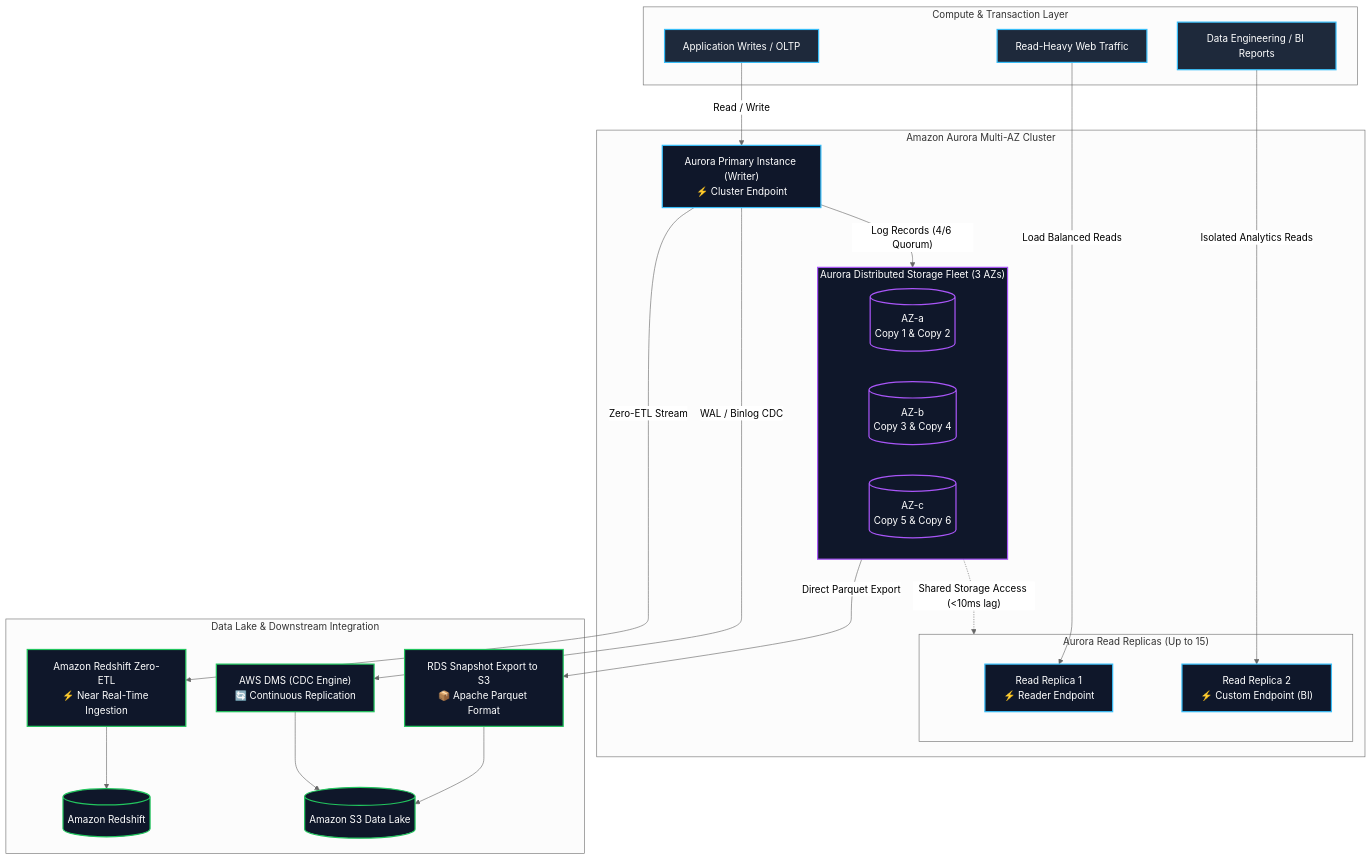
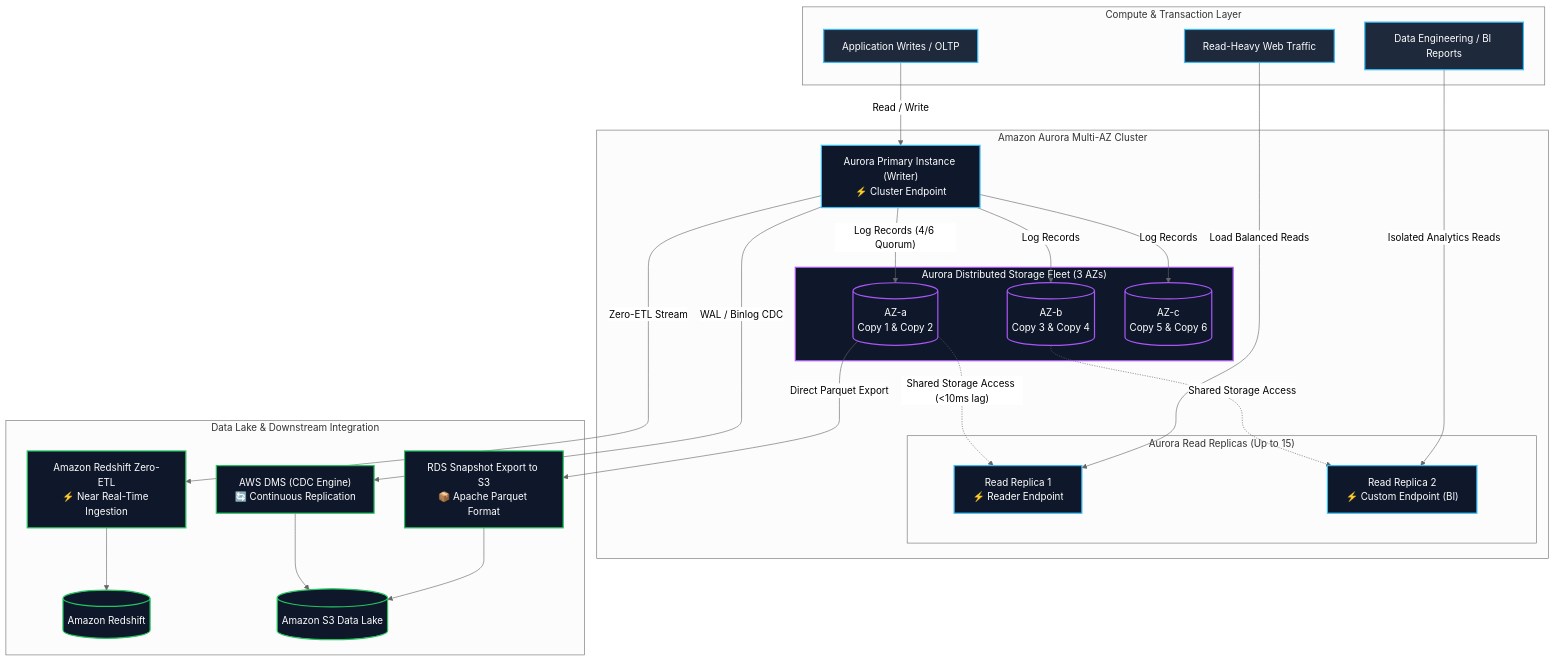
The first of 6 diagrams in content/02-services/database/rds-and-aurora.md (Wathon/aws-dea-c01-note), drawn with Mermaid (neutral theme) before and after one commit. The commit also changed other lines of this file and 5 other files, not shown here.

Commit message:
fix(mermaid): resolve reserved keyword classDef and subgraph edge endpoint parse errors

````diff
--- a/content/02-services/database/rds-and-aurora.md
+++ b/content/02-services/database/rds-and-aurora.md
@@ -38,52 +38,58 @@
 ```mermaid
 graph TB
     subgraph ComputeLayer["Compute & Transaction Layer"]
         AppWrites["Application Writes / OLTP"]
         AppReads["Read-Heavy Web Traffic"]
         AnalyticsQueries["Data Engineering / BI Reports"]
     end
 
     subgraph AuroraCluster["Amazon Aurora Multi-AZ Cluster"]
         WriterNode["Aurora Primary Instance (Writer)<br/>⚡ Cluster Endpoint"]
         
         subgraph ReaderNodes["Aurora Read Replicas (Up to 15)"]
             Reader1["Read Replica 1<br/>⚡ Reader Endpoint"]
             Reader2["Read Replica 2<br/>⚡ Custom Endpoint (BI)"]
         end
         
         subgraph StorageLayer["Aurora Distributed Storage Fleet (3 AZs)"]
             AZ1[("AZ-a<br/>Copy 1 & Copy 2")]
             AZ2[("AZ-b<br/>Copy 3 & Copy 4")]
             AZ3[("AZ-c<br/>Copy 5 & Copy 6")]
         end
     end
 
     subgraph DataLakeDownstream["Data Lake & Downstream Integration"]
         ZeroETL["Amazon Redshift Zero-ETL<br/>⚡ Near Real-Time Ingestion"]
         S3Export["RDS Snapshot Export to S3<br/>📦 Apache Parquet Format"]
         DMS["AWS DMS (CDC Engine)<br/>🔄 Continuous Replication"]
         RedshiftDW[("Amazon Redshift")]
         S3Lake[("Amazon S3 Data Lake")]
     end
 
     AppWrites -->|"Read / Write"| WriterNode
     AppReads -->|"Load Balanced Reads"| Reader1
     AnalyticsQueries -->|"Isolated Analytics Reads"| Reader2
 
-    WriterNode -->|"Log Records (4/6 Quorum)"| StorageLayer
-    StorageLayer -.->|"Shared Storage Access (<10ms lag)"| ReaderNodes
+    WriterNode -->|"Log Records (4/6 Quorum)"| AZ1
+    WriterNode -->|"Log Records"| AZ2
+    WriterNode -->|"Log Records"| AZ3
+    AZ1 -.->|"Shared Storage Access (<10ms lag)"| Reader1
+    AZ2 -.->|"Shared Storage Access"| Reader2
 
-    WriterNode -->|"Zero-ETL Stream"| ZeroETL --> RedshiftDW
-    StorageLayer -->|"Direct Parquet Export"| S3Export --> S3Lake
-    WriterNode -->|"WAL / Binlog CDC"| DMS --> S3Lake
+    WriterNode -->|"Zero-ETL Stream"| ZeroETL
+    ZeroETL --> RedshiftDW
+    AZ1 -->|"Direct Parquet Export"| S3Export
+    S3Export --> S3Lake
+    WriterNode -->|"WAL / Binlog CDC"| DMS
+    DMS --> S3Lake
 
     classDef compute fill:#1e293b,stroke:#38bdf8,stroke-width:2px,color:#fff;
     classDef aurora fill:#0f172a,stroke:#38bdf8,stroke-width:2px,color:#fff;
     classDef storage fill:#0f172a,stroke:#a855f7,stroke-width:2px,color:#fff;
     classDef down fill:#0f172a,stroke:#22c55e,stroke-width:2px,color:#fff;
 
     class AppWrites,AppReads,AnalyticsQueries compute;
     class WriterNode,Reader1,Reader2 aurora;
     class AZ1,AZ2,AZ3,StorageLayer storage;
     class ZeroETL,S3Export,DMS,RedshiftDW,S3Lake down;
 ```
````
